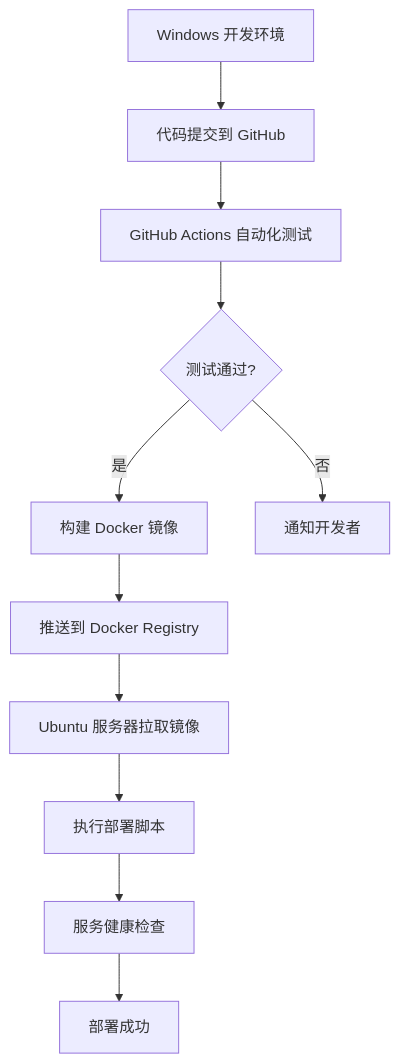
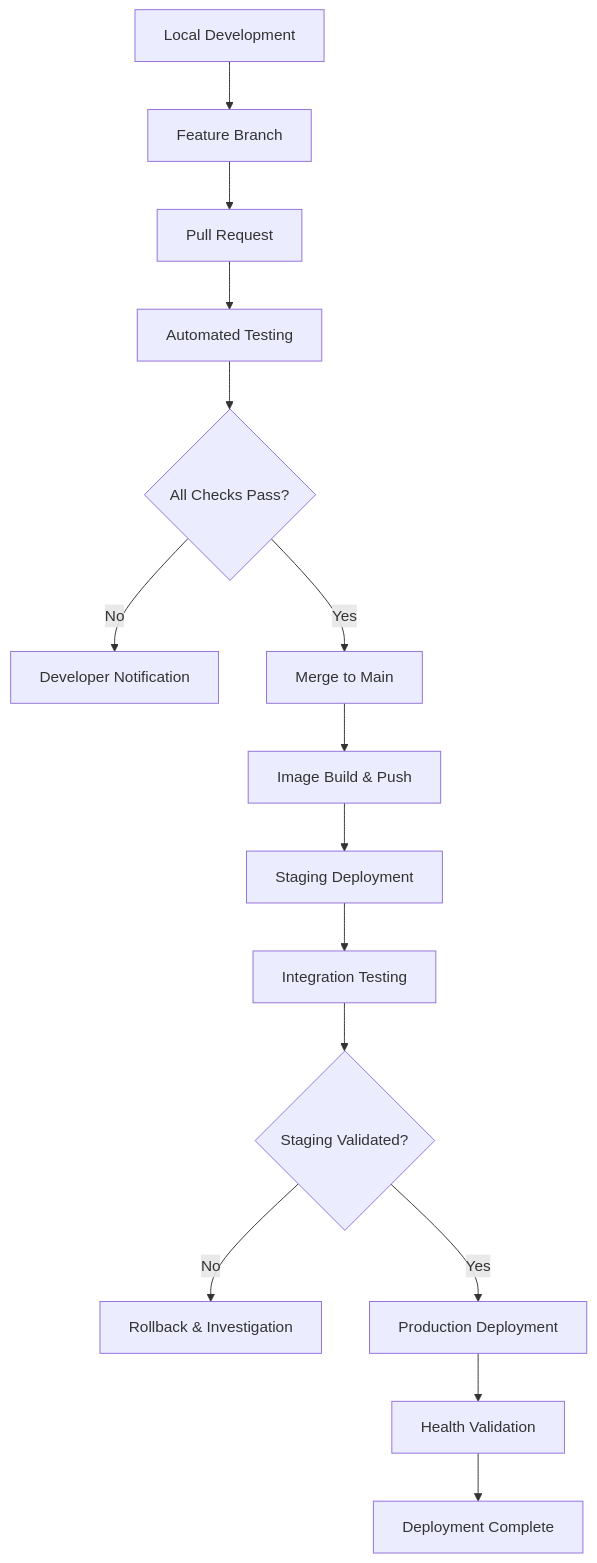
The diagram in ATTENTION.md (shijianus/privchat-synapse), drawn with Mermaid before and after one commit. The commit also changed other lines of this file and 16 other files, not shown here.

````diff
--- a/ATTENTION.md
+++ b/ATTENTION.md
@@ -528,13 +847,17 @@
 ```mermaid
 graph TD
-    A[Windows 开发环境] --> B[代码提交到 GitHub]
-    B --> C[GitHub Actions 自动化测试]
-    C --> D{测试通过?}
-    D -->|是| E[构建 Docker 镜像]
-    D -->|否| F[通知开发者]
-    E --> G[推送到 Docker Registry]
-    G --> H[Ubuntu 服务器拉取镜像]
-    H --> I[执行部署脚本]
-    I --> J[服务健康检查]
-    J --> K[部署成功]
+    A[Local Development] --> B[Feature Branch]
+    B --> C[Pull Request]
+    C --> D[Automated Testing]
+    D --> E{All Checks Pass?}
+    E -->|No| F[Developer Notification]
+    E -->|Yes| G[Merge to Main]
+    G --> H[Image Build & Push]
+    H --> I[Staging Deployment]
+    I --> J[Integration Testing]
+    J --> K{Staging Validated?}
+    K -->|No| L[Rollback & Investigation]
+    K -->|Yes| M[Production Deployment]
+    M --> N[Health Validation]
+    N --> O[Deployment Complete]
 ```
````
